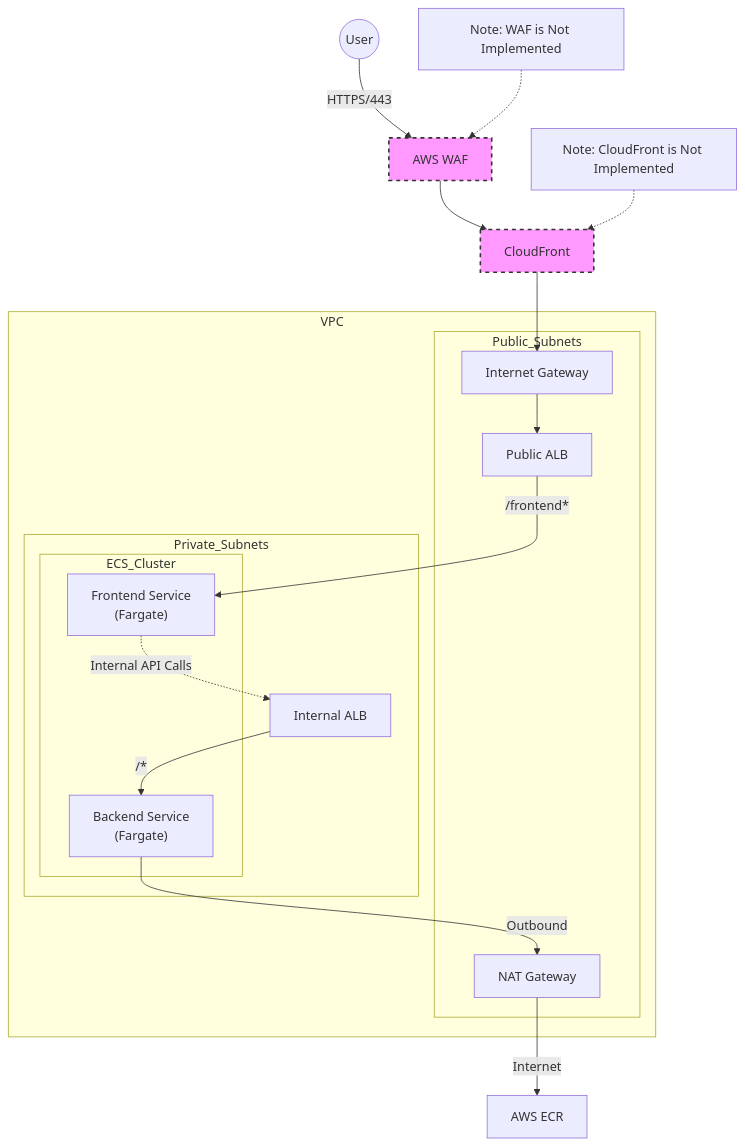
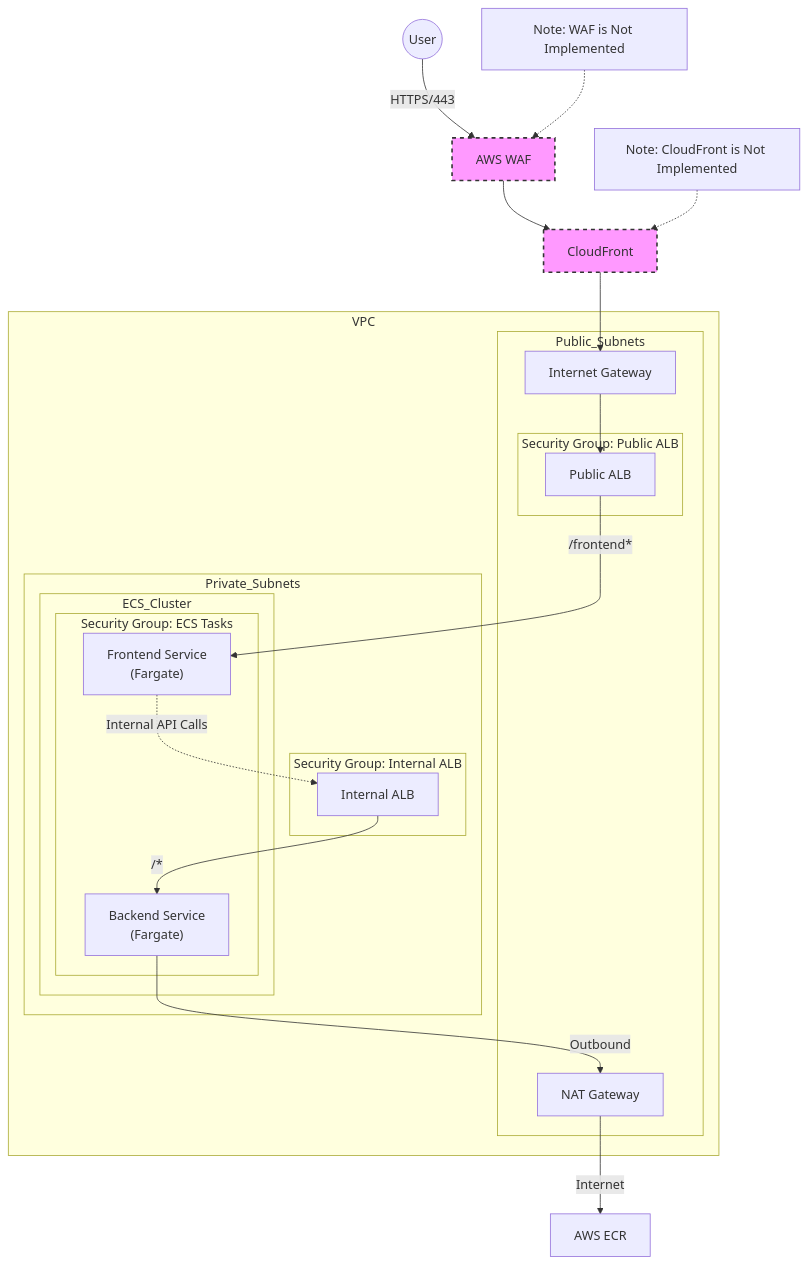
One commit to CofgCode/terracloud changed the diagram in README-all.md. Above: the diagram before and after it, drawn with Mermaid.

Commit message:
adding final changes for security groups

````diff
--- a/README-all.md
+++ b/README-all.md
@@ -94,37 +94,44 @@
 ```mermaid
 graph TD
     User((User)) -->|HTTPS/443| WAF[AWS WAF]
     WAF --> CF[CloudFront]
     CF --> IGW[Internet Gateway]
     IGW --> PubALB[Public ALB]
     
     style WAF fill:#f9f,stroke:#333,stroke-width:2px,stroke-dasharray: 5 5
     style CF fill:#f9f,stroke:#333,stroke-width:2px,stroke-dasharray: 5 5
     
     subgraph VPC
         subgraph Public_Subnets
             IGW
-            PubALB
+            subgraph SG_Public_ALB [Security Group: Public ALB]
+                PubALB
+            end
             NatGW[NAT Gateway]
         end
         
         subgraph Private_Subnets
+            subgraph SG_Internal_ALB [Security Group: Internal ALB]
+                IntALB[Internal ALB]
+            end
+            
             subgraph ECS_Cluster
-                FE_Service["Frontend Service<br/>(Fargate)"]
-                BE_Service["Backend Service<br/>(Fargate)"]
+                subgraph SG_App [Security Group: ECS Tasks]
+                    FE_Service["Frontend Service<br/>(Fargate)"]
+                    BE_Service["Backend Service<br/>(Fargate)"]
+                end
             end
-            IntALB[Internal ALB]
         end
     end
     
     PubALB -->|/frontend*| FE_Service
     
     FE_Service -.->|Internal API Calls| IntALB
     IntALB -->|/*| BE_Service
     
     BE_Service -->|Outbound| NatGW
     NatGW -->|Internet| ECR[AWS ECR]
 
     note_waf[Note: WAF is Not Implemented] -.-> WAF
     note_cf[Note: CloudFront is Not Implemented] -.-> CF
 ```
````
